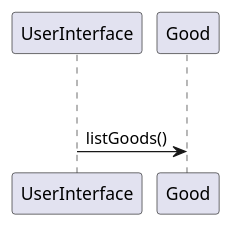
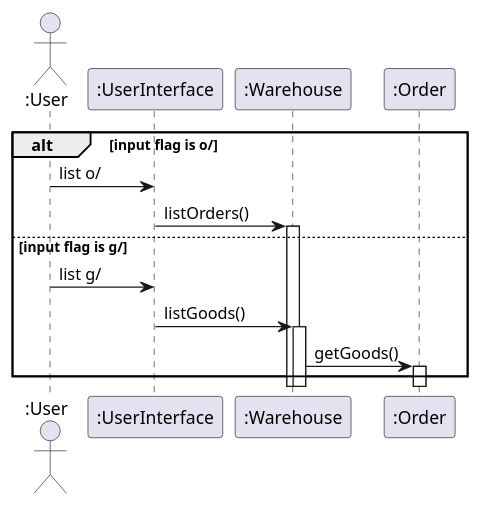
Before and after one commit to nus-cs2113-AY2122S2/tp: the diagram in docs/diagrams/List.puml, drawn with PlantUML. The commit also changed 4 other files, not shown here.

```diff
--- a/docs/diagrams/List.puml
+++ b/docs/diagrams/List.puml
@@ -1,8 +1,24 @@
 @startuml
 'https://plantuml.com/sequence-diagram
 
-alt [no goods]
-else [goods exists]
-UserInterface -> Good : listGoods()
+'alt [no goods]
+'else [goods exists]
+'UserInterface -> Good ++ : listGoods()
+
+Actor ":User" as user
+participant ":UserInterface" as ui
+participant ":Warehouse" as wh
+participant ":Order" as order
+
+
+alt input flag is o/
+    user -> ui : list o/
+    ui -> wh ++ : listOrders()
+else input flag is g/
+user -> ui : list g/
+    ui -> wh ++ : listGoods()
+    wh -> order ++ : getGoods()
+end
+
 
 @enduml
```
